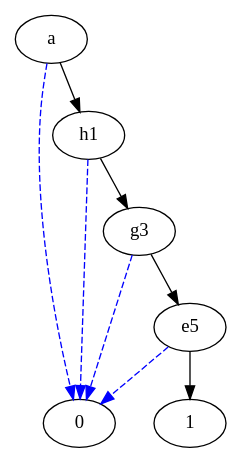
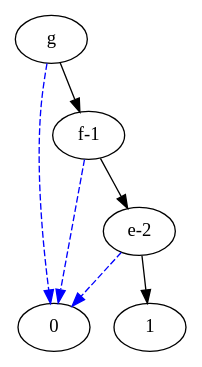
One commit to AbdelazizMG/Boolean-Equivalence-Checking-Tool changed the diagram in graph1.dot. Above: the diagram before and after it, drawn with Graphviz. The commit also changed 14 other files, not shown here.

```diff
--- a/graph1.dot
+++ b/graph1.dot
@@ -1,16 +1,13 @@
 digraph G {
-a;
-a -> 0  [color=blue, style=dashed];
-a -> h1;
-h1;
-h1 -> 0  [color=blue, style=dashed];
-h1 -> g3;
-g3;
-g3 -> 0  [color=blue, style=dashed];
-g3 -> e5;
-e5;
-e5 -> 0  [color=blue, style=dashed];
-e5 -> 1;
+g;
+g -> 0  [color=blue, style=dashed];
+g -> "f-1";
+"f-1";
+"f-1" -> 0  [color=blue, style=dashed];
+"f-1" -> "e-2";
+"e-2";
+"e-2" -> 0  [color=blue, style=dashed];
+"e-2" -> 1;
 1;
 0;
 }
```
